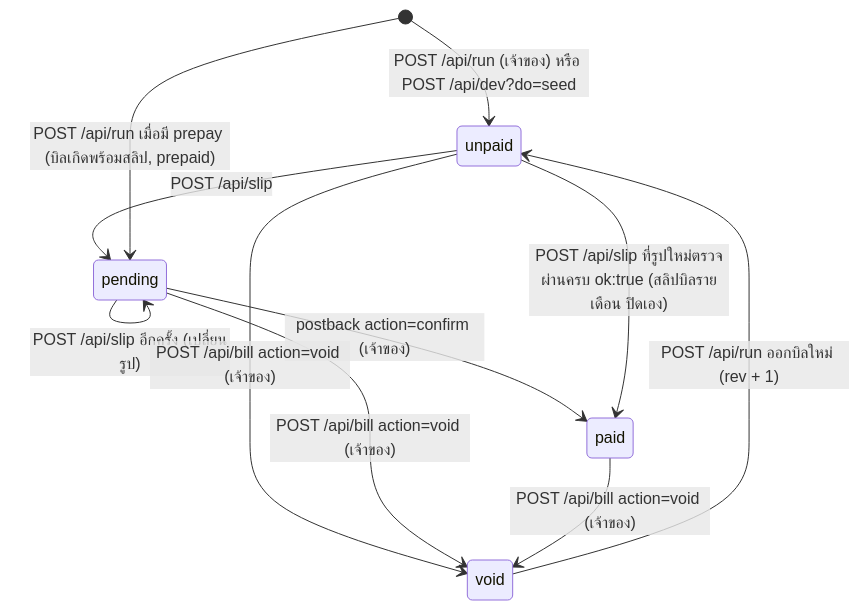
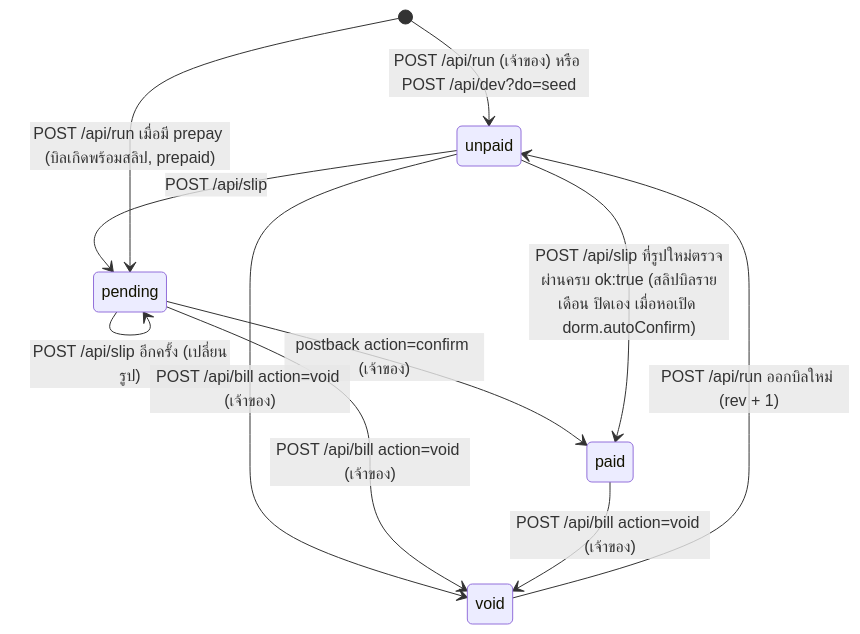
The second of 2 diagrams in line-app/docs/ARCHITECTURE.md (WinTuner/Dormplus-prototype), drawn with Mermaid before and after one commit. The commit also changed other lines of this file and 17 other files, not shown here.

First line of the commit message:
feat(line-app): auto-confirm is a per-dorm setting, off by default

````diff
--- a/line-app/docs/ARCHITECTURE.md
+++ b/line-app/docs/ARCHITECTURE.md
@@ -132,13 +132,13 @@
 ```mermaid
 stateDiagram-v2
   [*] --> unpaid: POST /api/run (เจ้าของ) หรือ POST /api/dev?do=seed
   unpaid --> pending: POST /api/slip
   pending --> pending: POST /api/slip อีกครั้ง (เปลี่ยนรูป)
   pending --> paid: postback action=confirm (เจ้าของ)
-  unpaid --> paid: POST /api/slip ที่รูปใหม่ตรวจผ่านครบ ok:true (สลิปบิลรายเดือน ปิดเอง)
+  unpaid --> paid: POST /api/slip ที่รูปใหม่ตรวจผ่านครบ ok:true (สลิปบิลรายเดือน ปิดเอง เมื่อหอเปิด dorm.autoConfirm)
   unpaid --> void: POST /api/bill action=void (เจ้าของ)
   pending --> void: POST /api/bill action=void (เจ้าของ)
   paid --> void: POST /api/bill action=void (เจ้าของ)
   void --> unpaid: POST /api/run ออกบิลใหม่ (rev + 1)
   [*] --> pending: POST /api/run เมื่อมี prepay (บิลเกิดพร้อมสลิป, prepaid)
 ```
````
